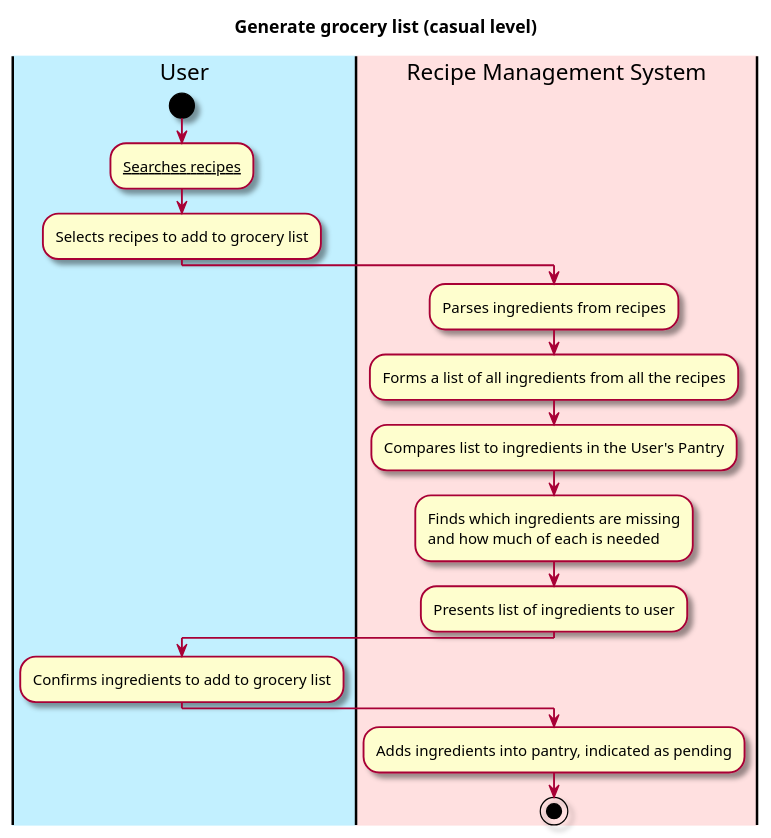
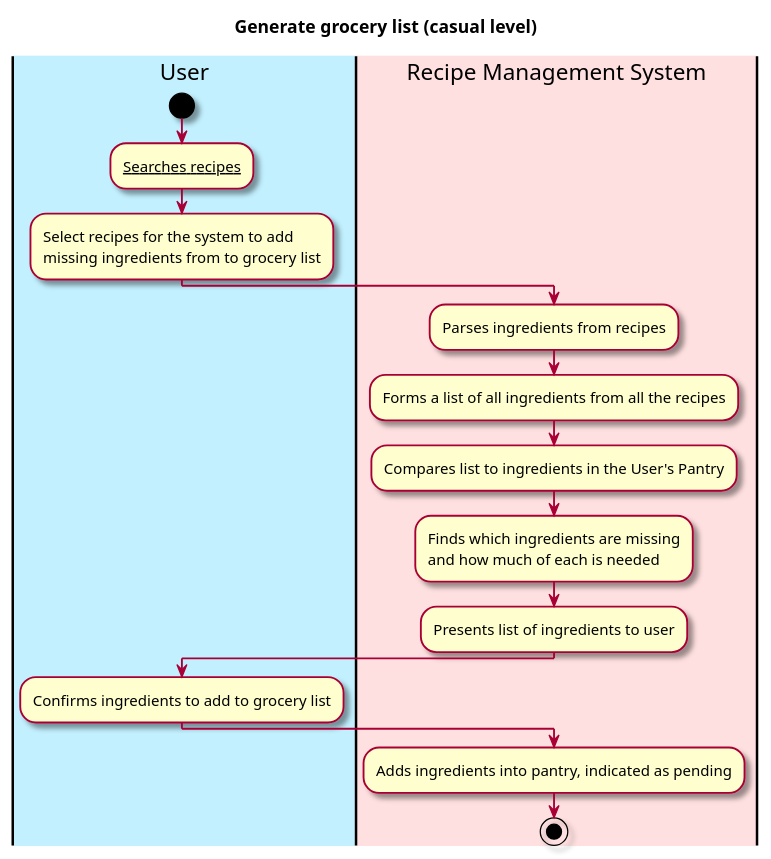
Before and after one commit to berthashipper/Pantry-Pal-Android-Application: the first of 2 diagrams in intellij/doc/use-cases/generate_grocery_list.md, drawn with PlantUML. The commit also changed other lines of this file and 2 other files, not shown here.

Commit message:
Added sequence diagra m to generate_grocery_list use case

````diff
--- a/intellij/doc/use-cases/generate_grocery_list.md
+++ b/intellij/doc/use-cases/generate_grocery_list.md
@@ -27,36 +27,37 @@
 ```plantuml
 @startuml
 
 skin rose
 
 title Generate grocery list (casual level)
 
 'define the lanes
 |#application|User|
 |#implementation|Recipe Management System|
 
 |User|
 start
 :__Searches recipes__;
-:Selects recipes to add to grocery list;
+:Select recipes for the system to add
+missing ingredients from to grocery list;
 
 |Recipe Management System|
 :Parses ingredients from recipes;
 :Forms a list of all ingredients from all the recipes;
 
 :Compares list to ingredients in the User's Pantry;
 
 :Finds which ingredients are missing
 and how much of each is needed;
 
 :Presents list of ingredients to user;
 
 |User|
 :Confirms ingredients to add to grocery list;
 
 |Recipe Management System|
 :Adds ingredients into pantry, indicated as pending;
 
 stop
 @enduml
 ```
````
